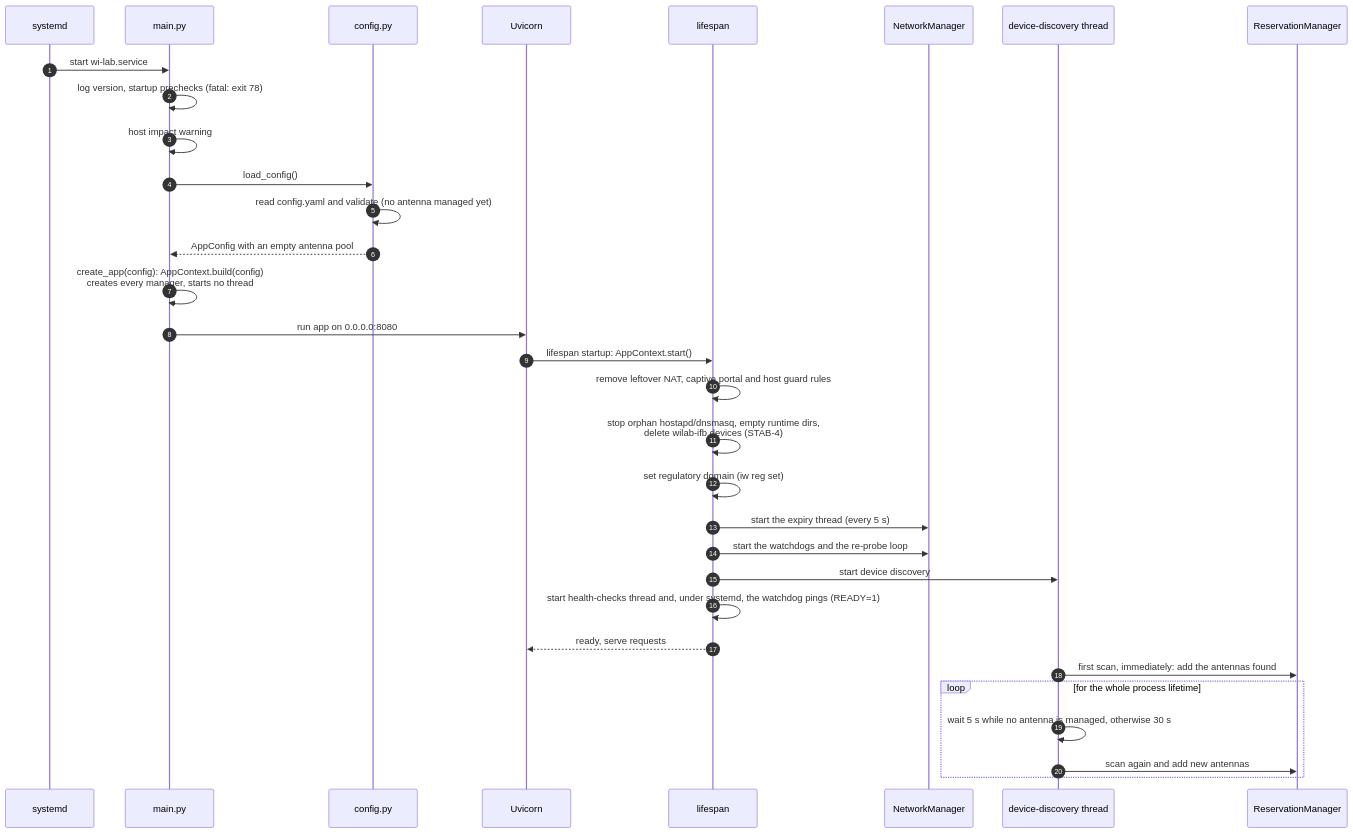
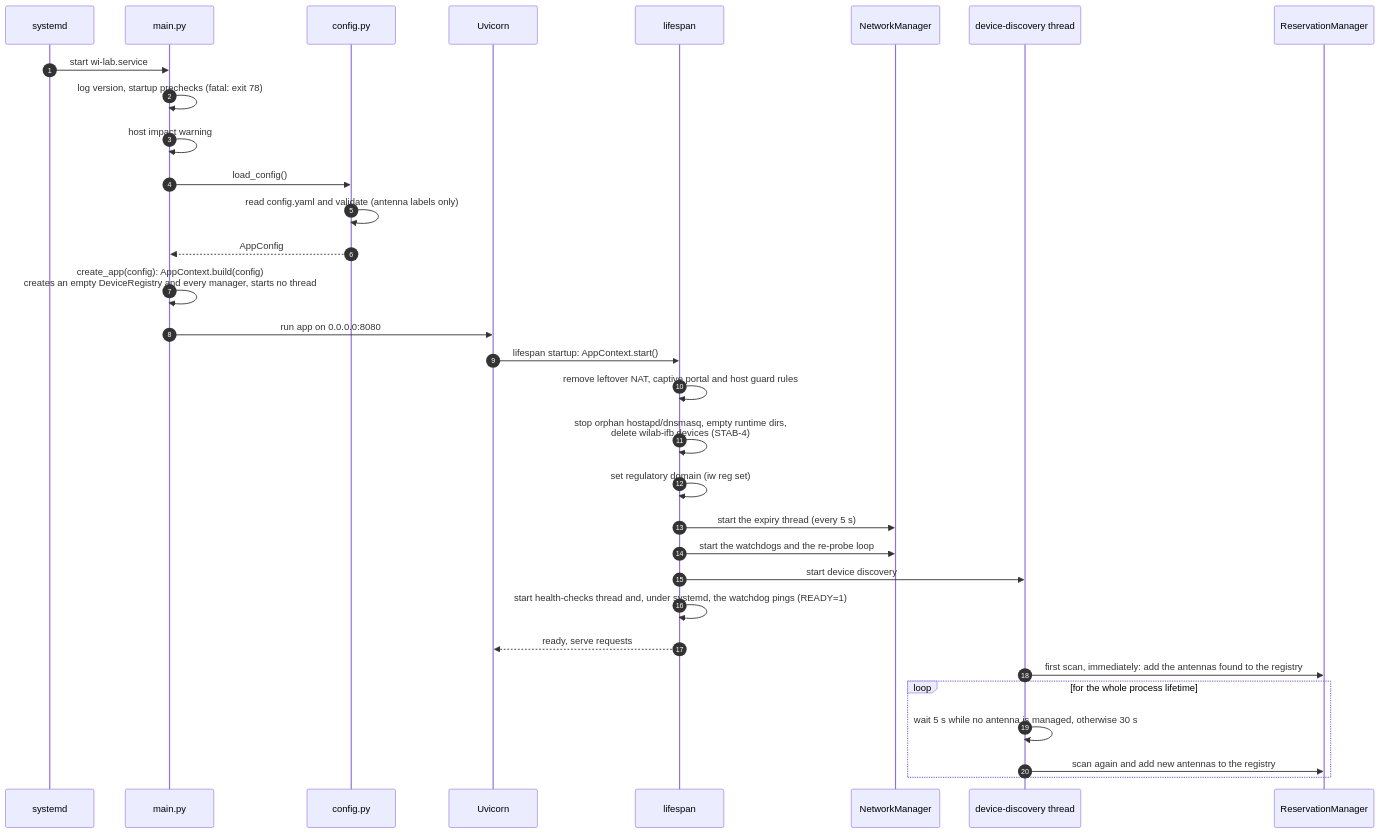
Before and after one commit to caporalesimone/wi-lab: the second of 15 diagrams in docs/architecture.md, drawn with Mermaid. The commit also changed other lines of this file and 1 other file, not shown here.

Commit message:
docs: DeviceRegistry in architecture and changelog (ARCH-4)

````diff
--- a/docs/architecture.md
+++ b/docs/architecture.md
@@ -129,35 +135,35 @@
 ```mermaid
 sequenceDiagram
     autonumber
     participant SD as systemd
     participant M as main.py
     participant C as config.py
     participant U as Uvicorn
     participant L as lifespan
     participant NM as NetworkManager
     participant D as device-discovery thread
     participant RM as ReservationManager
 
     SD->>M: start wi-lab.service
     M->>M: log version, startup prechecks (fatal: exit 78)
     M->>M: host impact warning
     M->>C: load_config()
-    C->>C: read config.yaml and validate (no antenna managed yet)
-    C-->>M: AppConfig with an empty antenna pool
-    M->>M: create_app(config): AppContext.build(config)<br/>creates every manager, starts no thread
+    C->>C: read config.yaml and validate (antenna labels only)
+    C-->>M: AppConfig
+    M->>M: create_app(config): AppContext.build(config)<br/>creates an empty DeviceRegistry and every manager, starts no thread
     M->>U: run app on 0.0.0.0:8080
     U->>L: lifespan startup: AppContext.start()
     L->>L: remove leftover NAT, captive portal and host guard rules
     L->>L: stop orphan hostapd/dnsmasq, empty runtime dirs,<br/>delete wilab-ifb devices (STAB-4)
     L->>L: set regulatory domain (iw reg set)
     L->>NM: start the expiry thread (every 5 s)
     L->>NM: start the watchdogs and the re-probe loop
     L->>D: start device discovery
     L->>L: start health-checks thread and, under systemd, the watchdog pings (READY=1)
     L-->>U: ready, serve requests
-    D->>RM: first scan, immediately: add the antennas found
+    D->>RM: first scan, immediately: add the antennas found to the registry
     loop for the whole process lifetime
         D->>D: wait 5 s while no antenna is managed, otherwise 30 s
-        D->>RM: scan again and add new antennas
+        D->>RM: scan again and add new antennas to the registry
     end
 ```
````
